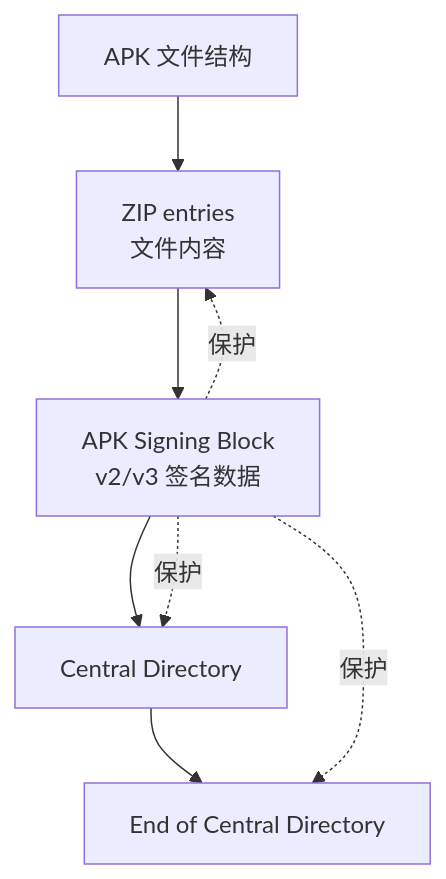
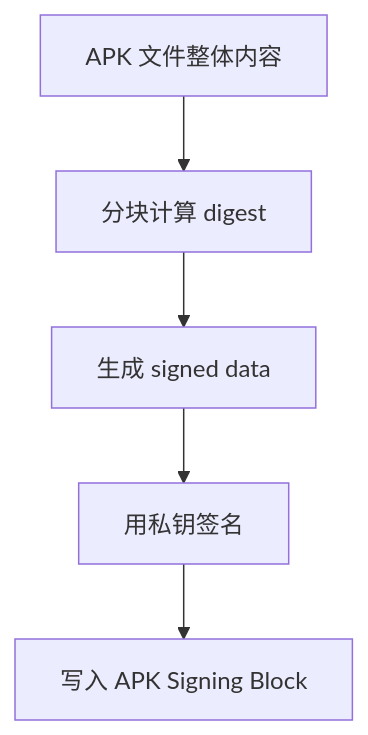
The fourth of 11 diagrams in android插件相关/签名详解.md (junyingzhao001/StudyNotes), drawn with Mermaid before and after one commit. The commit also changed other lines of this file and 3 other files, not shown here.

````diff
--- a/android插件相关/签名详解.md
+++ b/android插件相关/签名详解.md
@@ -306,12 +298,7 @@
 ```mermaid
-flowchart TB
-  APK["APK 文件结构"] --> Entries["ZIP entries
-文件内容"]
-  Entries --> Block["APK Signing Block
-v2/v3 签名数据"]
-  Block --> Central["Central Directory"]
-  Central --> EOCD["End of Central Directory"]
-  Block -.保护.-> Entries
-  Block -.保护.-> Central
-  Block -.保护.-> EOCD
+flowchart TD
+    A["APK 文件整体内容"] --> B["分块计算 digest"]
+    B --> C["生成 signed data"]
+    C --> D["用私钥签名"]
+    D --> E["写入 APK Signing Block"]
 ```
````
